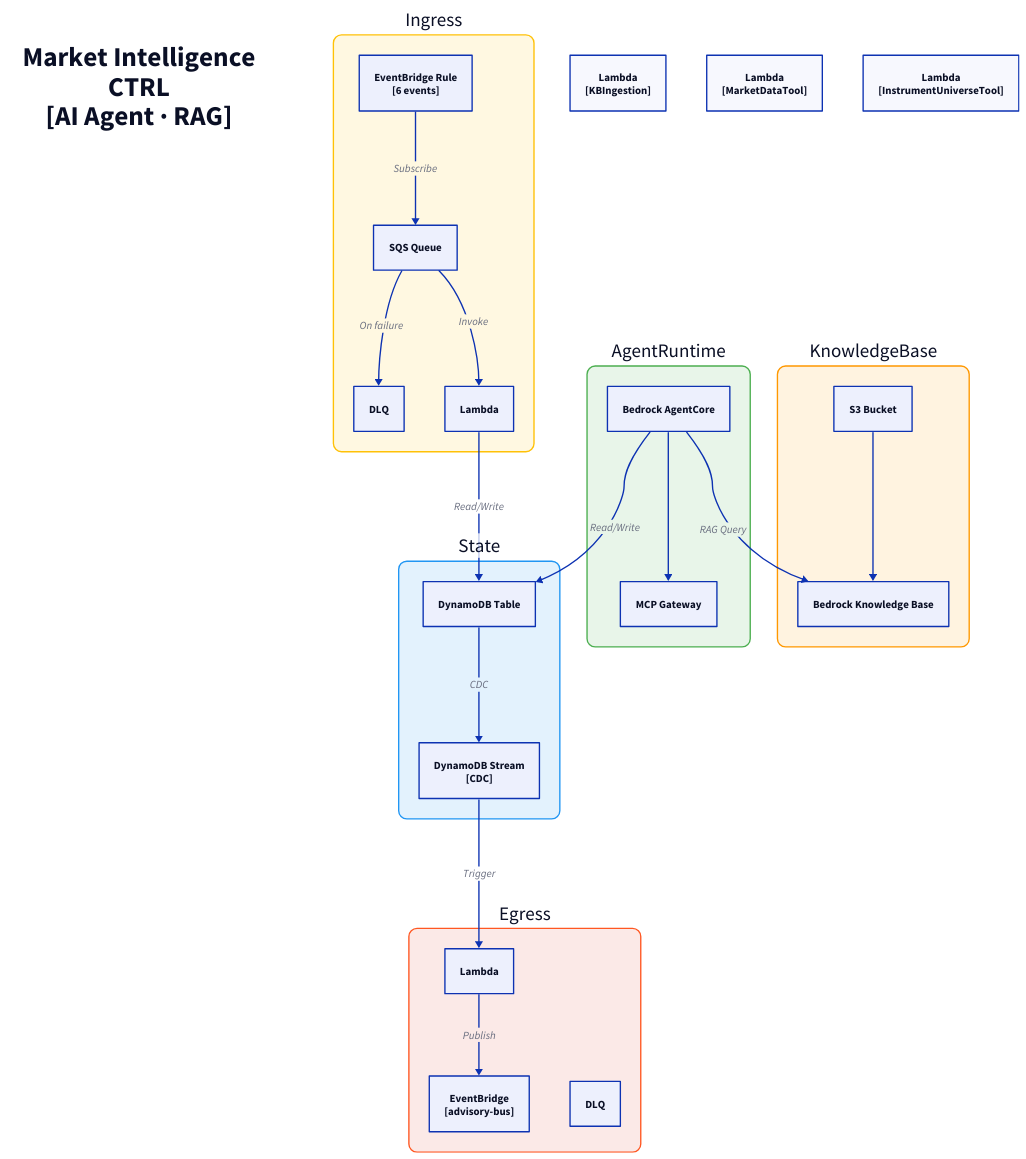
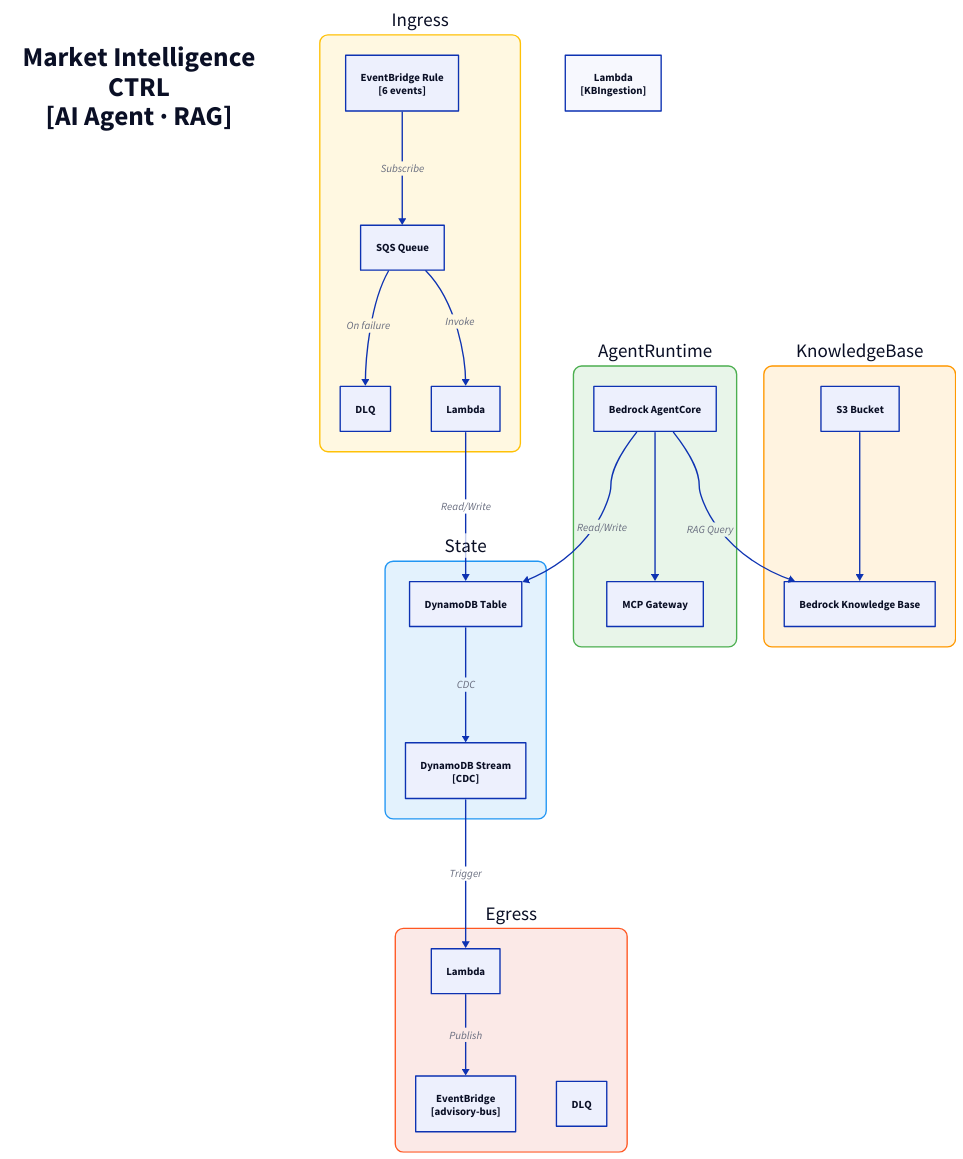
The diagram in docs/architecture/c3/market-intelligence-ctrl.d2 (fabio-vitali/nestfolio), drawn with D2 before and after one commit. The commit also changed 17 other files, not shown here.

First line of the commit message:
docs(c4): regenerate diagrams after advisory agent tool refactor

```diff
--- a/docs/architecture/c3/market-intelligence-ctrl.d2
+++ b/docs/architecture/c3/market-intelligence-ctrl.d2
@@ -1,57 +1,55 @@
 direction: down
 
 title: "Market Intelligence\nCTRL\n[AI Agent · RAG]" {
   style: { font-size: 40; bold: true; fill: transparent; stroke: transparent }
 }
 
 ingress: "Ingress" {
   style: { fill: "#FFF8E1"; stroke: "#FFC107"; border-radius: 12; font-size: 28 }
   rule: "EventBridge Rule\n[6 events]" { class: aws-eventbridge }
   sqs: "SQS Queue" { class: aws-sqs }
   dlq: "DLQ" { class: aws-dlq }
   handler: "Lambda" { class: aws-lambda }
 
   rule -> sqs: Subscribe
   sqs -> handler: Invoke
   sqs -> dlq: On failure
 }
 
 state: "State" {
   style: { fill: "#E3F2FD"; stroke: "#2196F3"; border-radius: 12; font-size: 28 }
   table: "DynamoDB Table" { class: aws-dynamodb }
   stream: "DynamoDB Stream\n[CDC]" { class: aws-ddb-stream }
   table -> stream: CDC
 }
 
 egress: "Egress" {
   style: { fill: "#FBE9E7"; stroke: "#FF5722"; border-radius: 12; font-size: 28 }
   processor: "Lambda" { class: aws-lambda }
   bus: "EventBridge\n[advisory-bus]" { class: aws-eventbridge }
   dlq: "DLQ" { class: aws-dlq }
 
   processor -> bus: Publish
 }
 
 agent-runtime: "AgentRuntime" {
   style: { fill: "#E8F5E9"; stroke: "#4CAF50"; border-radius: 12; font-size: 28 }
   runtime: "Bedrock AgentCore" { class: aws-bedrock }
   gateway: "MCP Gateway" { class: aws-lambda }
   runtime -> gateway
 }
 
 knowledge-base: "KnowledgeBase" {
   style: { fill: "#FFF3E0"; stroke: "#FF9800"; border-radius: 12; font-size: 28 }
   kb: "Bedrock Knowledge Base" { class: aws-bedrock }
   s3: "S3 Bucket" { class: aws-s3 }
   s3 -> kb
 }
 
 kbingestion: "Lambda\n[KBIngestion]" { class: aws-lambda }
-market-data-tool: "Lambda\n[MarketDataTool]" { class: aws-lambda }
-instrument-universe-tool: "Lambda\n[InstrumentUniverseTool]" { class: aws-lambda }
 
 # Flows
 ingress.handler -> state.table: Read/Write
 state.stream -> egress.processor: Trigger
 agent-runtime.runtime -> knowledge-base.kb: RAG Query
 agent-runtime.runtime -> state.table: Read/Write
```
